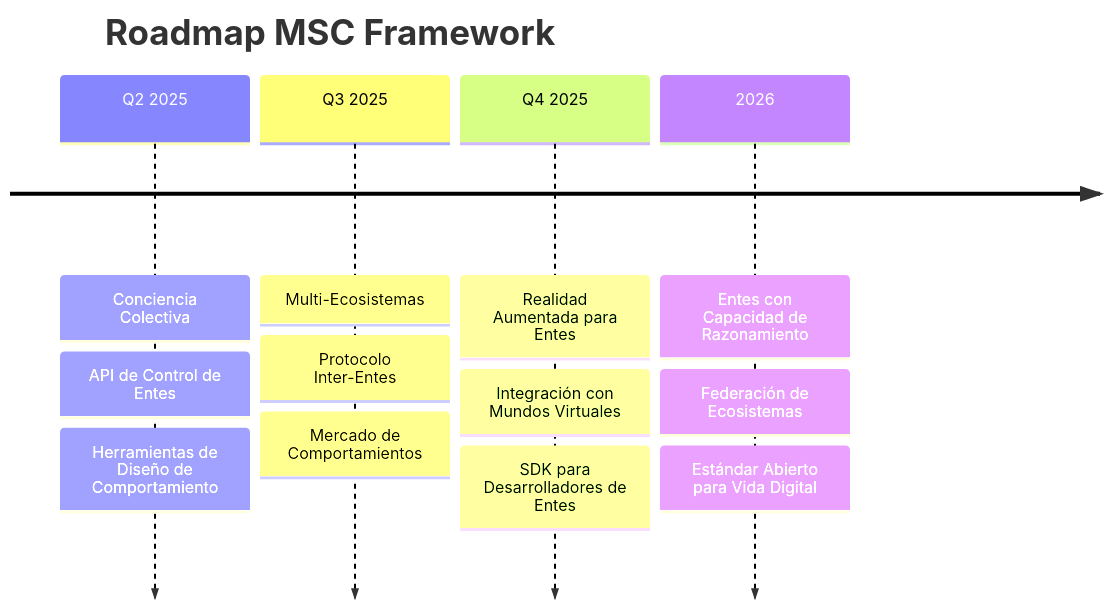
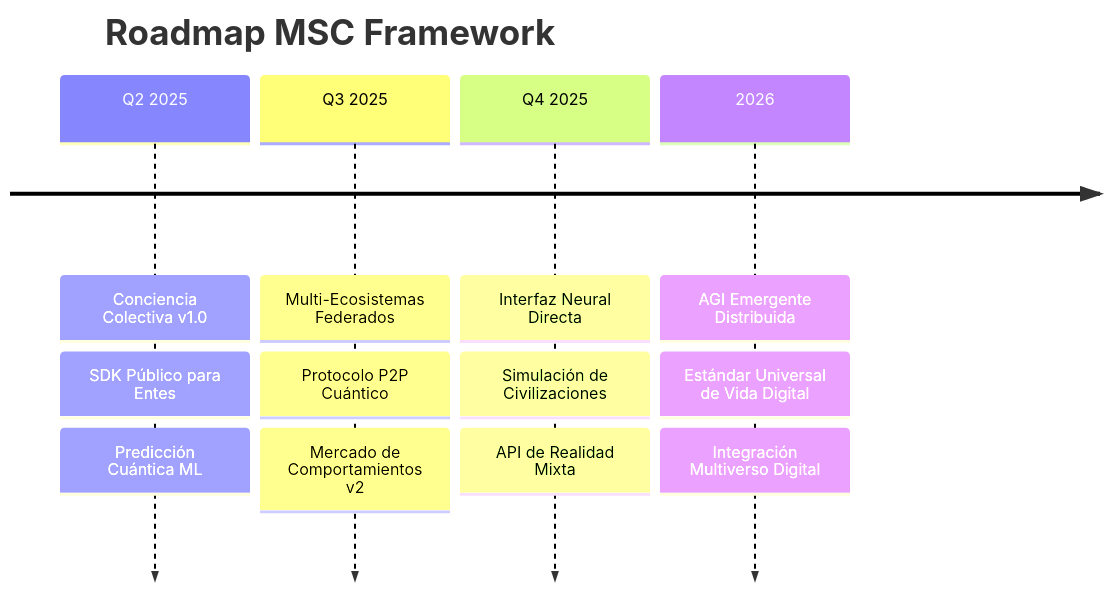
Before and after one commit to esraderey/synth-msc: the second of 2 diagrams in README.md, drawn with Mermaid. The commit also changed other lines of this file, not shown here.

````diff
--- a/README.md
+++ b/README.md
@@ -832,20 +946,20 @@
 ```mermaid
 timeline
     title Roadmap MSC Framework
     
-    Q2 2025 : Conciencia Colectiva
-            : API de Control de Entes
-            : Herramientas de Diseño de Comportamiento
+    Q2 2025 : Conciencia Colectiva v1.0
+            : SDK Público para Entes
+            : Predicción Cuántica ML
     
-    Q3 2025 : Multi-Ecosistemas
-            : Protocolo Inter-Entes
-            : Mercado de Comportamientos
+    Q3 2025 : Multi-Ecosistemas Federados
+            : Protocolo P2P Cuántico
+            : Mercado de Comportamientos v2
     
-    Q4 2025 : Realidad Aumentada para Entes
-            : Integración con Mundos Virtuales
-            : SDK para Desarrolladores de Entes
+    Q4 2025 : Interfaz Neural Directa
+            : Simulación de Civilizaciones
+            : API de Realidad Mixta
     
-    2026    : Entes con Capacidad de Razonamiento
-            : Federación de Ecosistemas
-            : Estándar Abierto para Vida Digital
+    2026    : AGI Emergente Distribuida
+            : Estándar Universal de Vida Digital
+            : Integración Multiverso Digital
 ```
````
